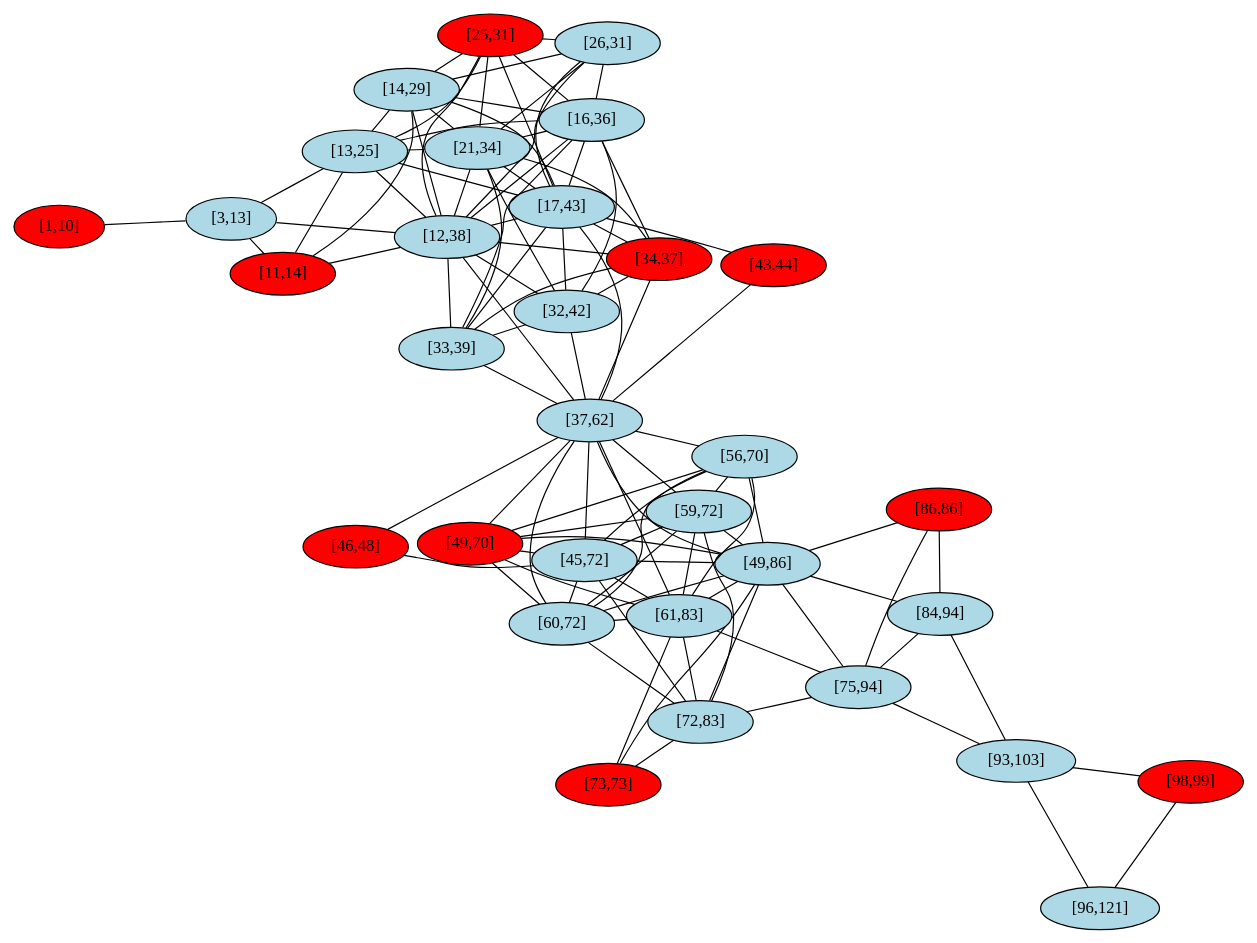
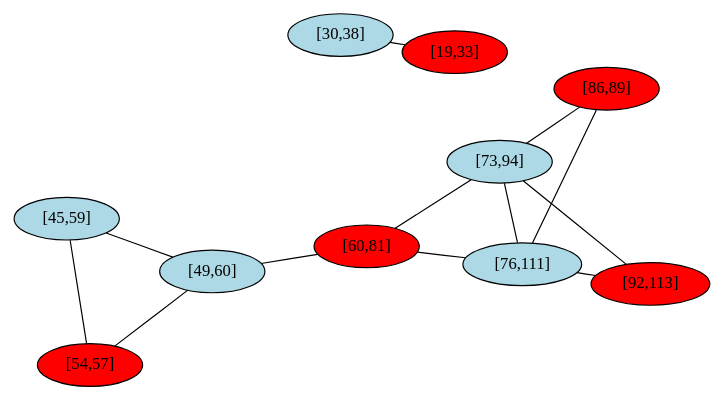
One commit to atotgerman/DUE_Fscharp changed the diagram in intervallumgraf.dot. Above: the diagram before and after it, drawn with Graphviz. The commit also changed 2 other files, not shown here.

```diff
--- a/intervallumgraf.dot
+++ b/intervallumgraf.dot
@@ -1,144 +1,27 @@
 graph G {
   layout=neato;
   overlap=false;
   splines=true;
-  1 [label="[3,13]", style=filled, fillcolor=lightblue];
-  2 [label="[98,99]", style=filled, fillcolor=red];
-  3 [label="[73,73]", style=filled, fillcolor=red];
-  4 [label="[1,10]", style=filled, fillcolor=red];
-  5 [label="[34,37]", style=filled, fillcolor=red];
-  6 [label="[59,72]", style=filled, fillcolor=lightblue];
-  7 [label="[46,48]", style=filled, fillcolor=red];
-  8 [label="[32,42]", style=filled, fillcolor=lightblue];
-  9 [label="[17,43]", style=filled, fillcolor=lightblue];
-  10 [label="[75,94]", style=filled, fillcolor=lightblue];
-  11 [label="[33,39]", style=filled, fillcolor=lightblue];
-  12 [label="[25,31]", style=filled, fillcolor=red];
-  13 [label="[26,31]", style=filled, fillcolor=lightblue];
-  14 [label="[43,44]", style=filled, fillcolor=red];
-  15 [label="[93,103]", style=filled, fillcolor=lightblue];
-  16 [label="[49,86]", style=filled, fillcolor=lightblue];
-  17 [label="[96,121]", style=filled, fillcolor=lightblue];
-  18 [label="[21,34]", style=filled, fillcolor=lightblue];
-  19 [label="[61,83]", style=filled, fillcolor=lightblue];
-  20 [label="[14,29]", style=filled, fillcolor=lightblue];
-  21 [label="[11,14]", style=filled, fillcolor=red];
-  22 [label="[49,70]", style=filled, fillcolor=red];
-  23 [label="[84,94]", style=filled, fillcolor=lightblue];
-  24 [label="[16,36]", style=filled, fillcolor=lightblue];
-  25 [label="[45,72]", style=filled, fillcolor=lightblue];
-  26 [label="[72,83]", style=filled, fillcolor=lightblue];
-  27 [label="[56,70]", style=filled, fillcolor=lightblue];
-  28 [label="[37,62]", style=filled, fillcolor=lightblue];
-  29 [label="[60,72]", style=filled, fillcolor=lightblue];
-  30 [label="[13,25]", style=filled, fillcolor=lightblue];
-  31 [label="[12,38]", style=filled, fillcolor=lightblue];
-  32 [label="[86,86]", style=filled, fillcolor=red];
-  1 -- 4;
-  1 -- 21;
-  1 -- 30;
-  1 -- 31;
-  2 -- 15;
-  2 -- 17;
-  3 -- 16;
-  3 -- 19;
-  3 -- 26;
-  5 -- 8;
+  1 [label="[49,60]", style=filled, fillcolor=lightblue];
+  2 [label="[76,111]", style=filled, fillcolor=lightblue];
+  3 [label="[60,81]", style=filled, fillcolor=red];
+  4 [label="[73,94]", style=filled, fillcolor=lightblue];
+  5 [label="[30,38]", style=filled, fillcolor=lightblue];
+  6 [label="[86,89]", style=filled, fillcolor=red];
+  7 [label="[45,59]", style=filled, fillcolor=lightblue];
+  8 [label="[54,57]", style=filled, fillcolor=red];
+  9 [label="[19,33]", style=filled, fillcolor=red];
+  10 [label="[92,113]", style=filled, fillcolor=red];
+  1 -- 3;
+  1 -- 7;
+  1 -- 8;
+  2 -- 3;
+  2 -- 4;
+  2 -- 6;
+  2 -- 10;
+  3 -- 4;
+  4 -- 6;
+  4 -- 10;
   5 -- 9;
-  5 -- 11;
-  5 -- 18;
-  5 -- 24;
-  5 -- 28;
-  5 -- 31;
-  6 -- 16;
-  6 -- 19;
-  6 -- 22;
-  6 -- 25;
-  6 -- 26;
-  6 -- 27;
-  6 -- 28;
-  6 -- 29;
-  7 -- 25;
-  7 -- 28;
-  8 -- 9;
-  8 -- 11;
-  8 -- 18;
-  8 -- 24;
-  8 -- 28;
-  8 -- 31;
-  9 -- 11;
-  9 -- 12;
-  9 -- 13;
-  9 -- 14;
-  9 -- 18;
-  9 -- 20;
-  9 -- 24;
-  9 -- 28;
-  9 -- 30;
-  9 -- 31;
-  10 -- 15;
-  10 -- 16;
-  10 -- 19;
-  10 -- 23;
-  10 -- 26;
-  10 -- 32;
-  11 -- 18;
-  11 -- 24;
-  11 -- 28;
-  11 -- 31;
-  12 -- 13;
-  12 -- 18;
-  12 -- 20;
-  12 -- 24;
-  12 -- 30;
-  12 -- 31;
-  13 -- 18;
-  13 -- 20;
-  13 -- 24;
-  13 -- 31;
-  14 -- 28;
-  15 -- 17;
-  15 -- 23;
-  16 -- 19;
-  16 -- 22;
-  16 -- 23;
-  16 -- 25;
-  16 -- 26;
-  16 -- 27;
-  16 -- 28;
-  16 -- 29;
-  16 -- 32;
-  18 -- 20;
-  18 -- 24;
-  18 -- 30;
-  18 -- 31;
-  19 -- 22;
-  19 -- 25;
-  19 -- 26;
-  19 -- 27;
-  19 -- 28;
-  19 -- 29;
-  20 -- 21;
-  20 -- 24;
-  20 -- 30;
-  20 -- 31;
-  21 -- 30;
-  21 -- 31;
-  22 -- 25;
-  22 -- 27;
-  22 -- 28;
-  22 -- 29;
-  23 -- 32;
-  24 -- 30;
-  24 -- 31;
-  25 -- 26;
-  25 -- 27;
-  25 -- 28;
-  25 -- 29;
-  26 -- 29;
-  27 -- 28;
-  27 -- 29;
-  28 -- 29;
-  28 -- 31;
-  30 -- 31;
+  7 -- 8;
 }
```
